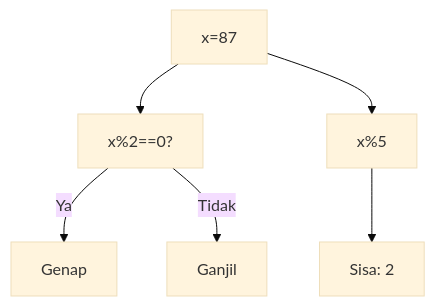
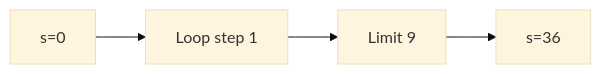
One commit to amnahwaida/OSNK_INF_PREP changed diagram 16 of 25 in part-c-pemahaman-cpp/03-perulangan/latihan/set-02.md. Above: the diagram before and after it, drawn with Mermaid (base theme). The commit also changed other lines of this file and 71 other files, not shown here.

````diff
--- a/part-c-pemahaman-cpp/03-perulangan/latihan/set-02.md
+++ b/part-c-pemahaman-cpp/03-perulangan/latihan/set-02.md
@@ -490,8 +426,6 @@
 ```mermaid
-graph TD
-A["x=87"] --> B["x%2==0?"]
-B -- Ya --> C["Genap"]
-B -- Tidak --> D["Ganjil"]
-A --> E["x%5"]
-E --> F["Sisa: 2"]
+graph LR
+A["s=0"] --> B["Loop step 1"]
+B --> C["Limit 9"]
+C --> D["s=36"]
 ```
````
